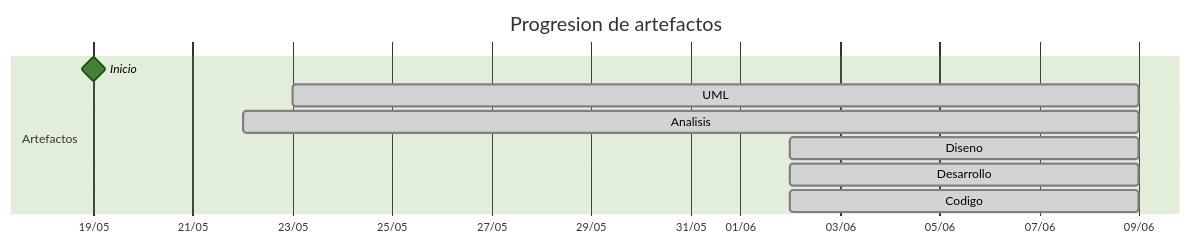
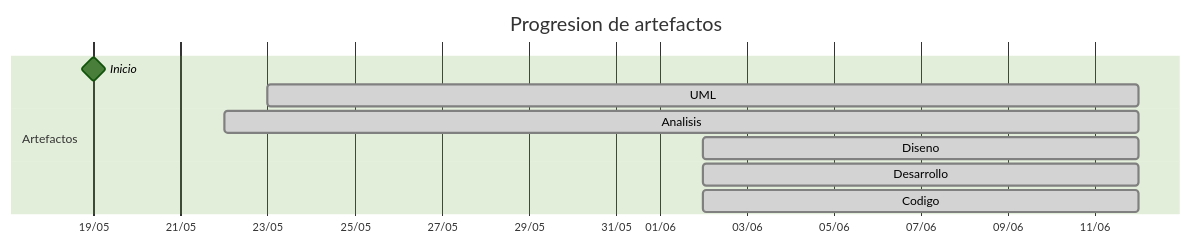
The diagram in TIMELINES/carlos-alvarado-25.md (mmasias/25-26-idsw2-sdVC), drawn with Mermaid (forest theme) before and after one commit. The commit also changed other lines of this file and 9 other files, not shown here.

````diff
--- a/TIMELINES/carlos-alvarado-25.md
+++ b/TIMELINES/carlos-alvarado-25.md
@@ -23,13 +23,13 @@
 ```mermaid
 gantt
     title Progresion de artefactos
     dateFormat YYYY-MM-DD
     axisFormat %d/%m
     section Artefactos
         Inicio       :milestone, 2026-05-19, 0d
-        UML          :done, 2026-05-23, 2026-06-09
-        Analisis     :done, 2026-05-22, 2026-06-09
-        Diseno       :done, 2026-06-02, 2026-06-09
-        Desarrollo   :done, 2026-06-02, 2026-06-09
-        Codigo       :done, 2026-06-02, 2026-06-09
+        UML          :done, 2026-05-23, 2026-06-12
+        Analisis     :done, 2026-05-22, 2026-06-12
+        Diseno       :done, 2026-06-02, 2026-06-12
+        Desarrollo   :done, 2026-06-02, 2026-06-12
+        Codigo       :done, 2026-06-02, 2026-06-12
 ```
````
